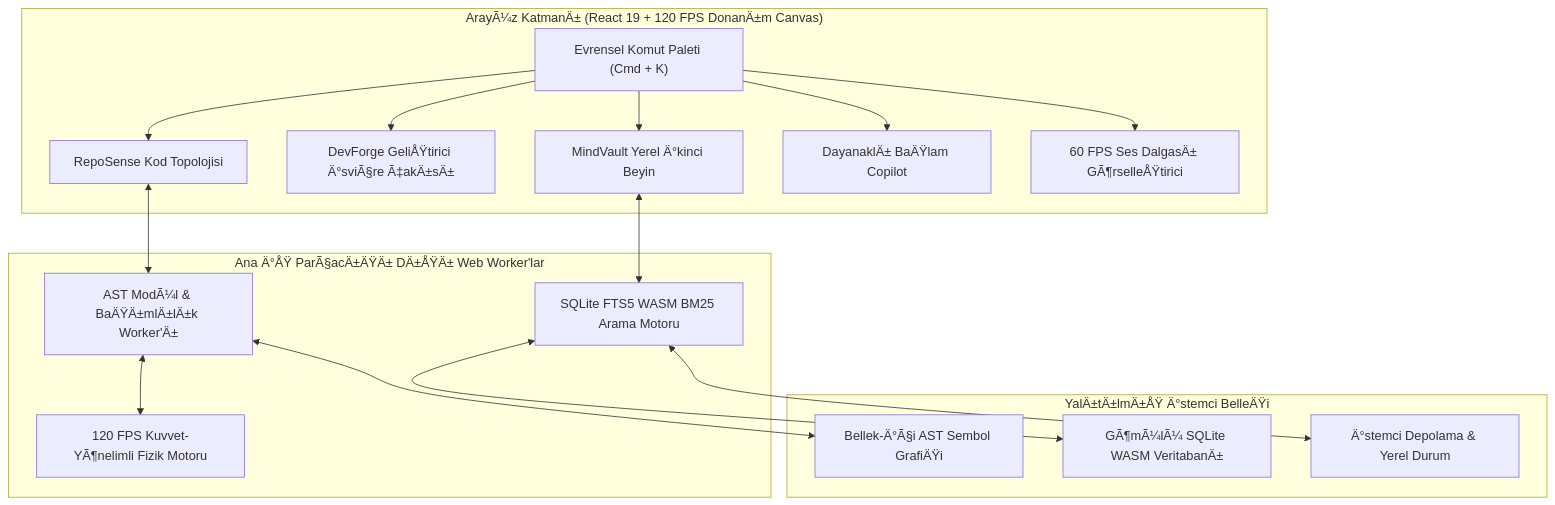
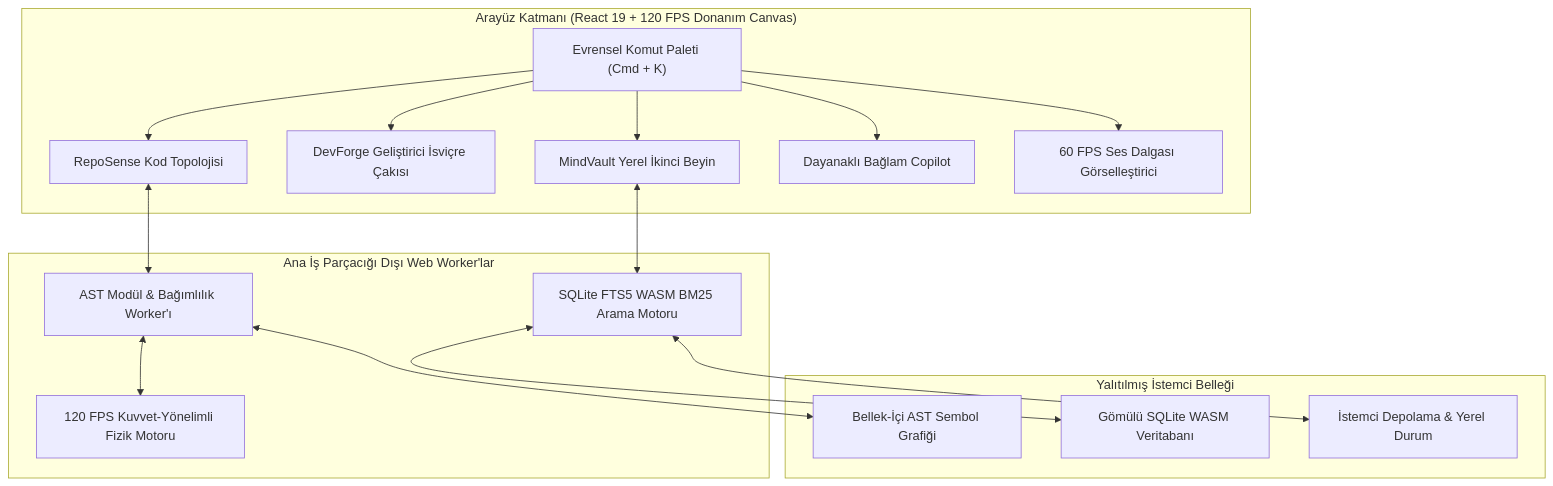
The diagram in README.tr.md (Cagrik34/zenith-nexus), drawn with Mermaid before and after one commit. The commit also changed other lines of this file and 1 other file, not shown here.

````diff
--- a/README.tr.md
+++ b/README.tr.md
@@ -38,29 +38,29 @@
 ```mermaid
 graph TD
-    subgraph UI_Layer ["ArayÃ¼z KatmanÄ± (React 19 + 120 FPS DonanÄ±m Canvas)"]
+    subgraph UI_Layer ["Arayüz Katmanı (React 19 + 120 FPS Donanım Canvas)"]
         Palette["Evrensel Komut Paleti (Cmd + K)"]
         RepoSenseUI["RepoSense Kod Topolojisi"]
-        DevForgeUI["DevForge GeliÅŸtirici Ä°sviÃ§re Ã‡akÄ±sÄ±"]
-        VaultUI["MindVault Yerel Ä°kinci Beyin"]
-        CopilotUI["DayanaklÄ± BaÄŸlam Copilot"]
-        VoiceUI["60 FPS Ses DalgasÄ± GÃ¶rselleÅŸtirici"]
+        DevForgeUI["DevForge Geliştirici İsviçre Çakısı"]
+        VaultUI["MindVault Yerel İkinci Beyin"]
+        CopilotUI["Dayanaklı Bağlam Copilot"]
+        VoiceUI["60 FPS Ses Dalgası Görselleştirici"]
     end
 
-    subgraph Worker_Layer ["Ana Ä°ÅŸ ParÃ§acÄ±ÄŸÄ± DÄ±ÅŸÄ± Web Worker'lar"]
-        ASTWorker["AST ModÃ¼l & BaÄŸÄ±mlÄ±lÄ±k Worker'Ä±"]
-        GraphPhysics["120 FPS Kuvvet-YÃ¶nelimli Fizik Motoru"]
+    subgraph Worker_Layer ["Ana İş Parçacığı Dışı Web Worker'lar"]
+        ASTWorker["AST Modül & Bağımlılık Worker'ı"]
+        GraphPhysics["120 FPS Kuvvet-Yönelimli Fizik Motoru"]
         FTSWorker["SQLite FTS5 WASM BM25 Arama Motoru"]
     end
 
-    subgraph Memory_Layer ["YalÄ±tÄ±lmÄ±ÅŸ Ä°stemci BelleÄŸi"]
-        CodeMemory["Bellek-Ä°Ã§i AST Sembol GrafiÄŸi"]
-        SQLiteMemory["GÃ¶mÃ¼lÃ¼ SQLite WASM VeritabanÄ±"]
-        LocalStorage["Ä°stemci Depolama & Yerel Durum"]
+    subgraph Memory_Layer ["Yalıtılmış İstemci Belleği"]
+        CodeMemory["Bellek-İçi AST Sembol Grafiği"]
+        SQLiteMemory["Gömülü SQLite WASM Veritabanı"]
+        LocalStorage["İstemci Depolama & Yerel Durum"]
     end
 
     Palette --> RepoSenseUI & DevForgeUI & VaultUI & CopilotUI & VoiceUI
     RepoSenseUI <--> ASTWorker <--> GraphPhysics
     VaultUI <--> FTSWorker <--> SQLiteMemory
     ASTWorker <--> CodeMemory
     FTSWorker <--> LocalStorage
 ```
````
